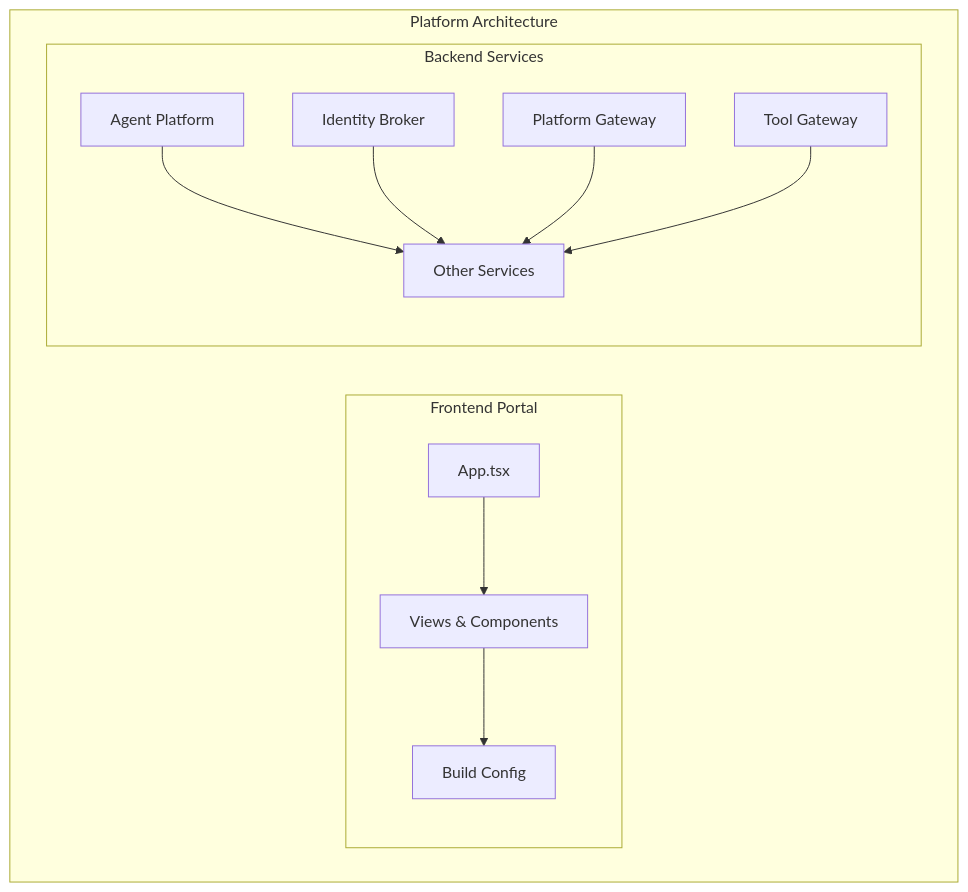
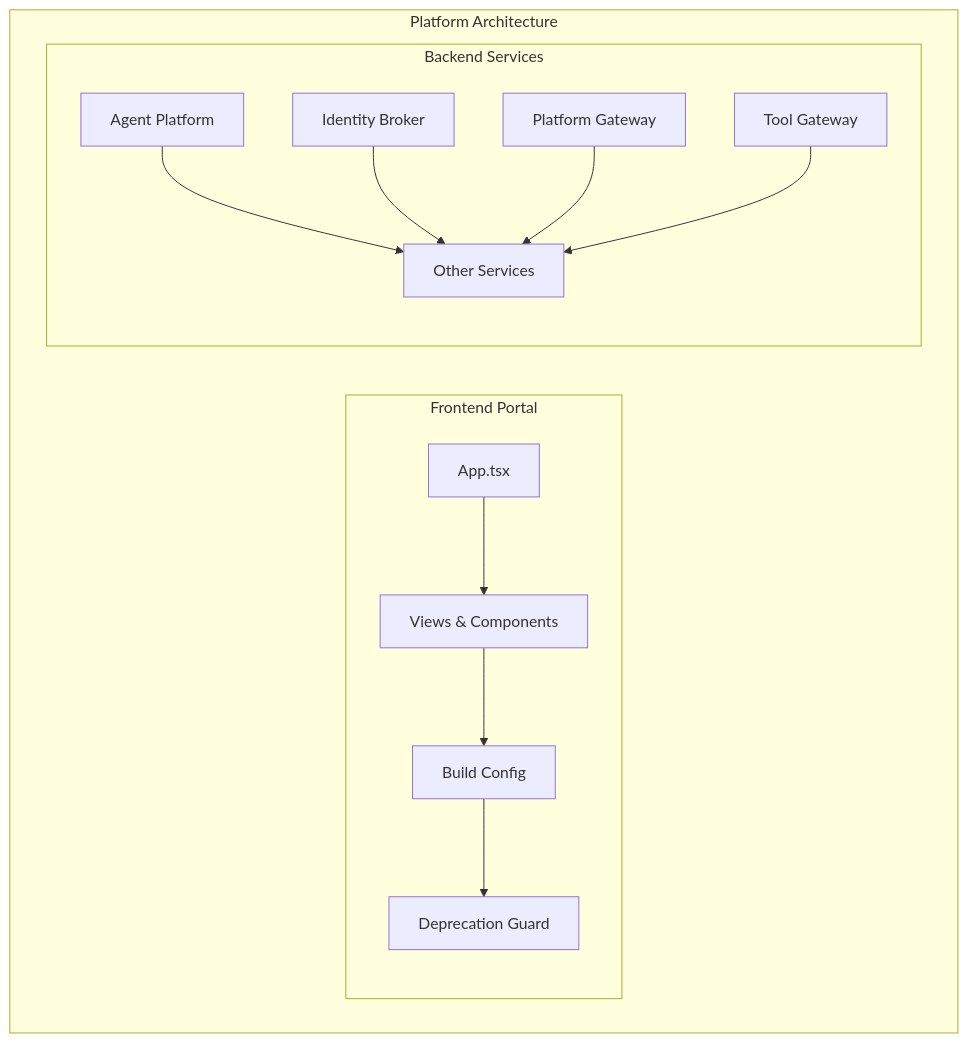
One commit to metasync/luban-aiops changed the first of 6 diagrams in .qoder/repowiki/en/content/Architecture Documentation/SPEC-042_ Portal Dependency Hygiene Specification.md. Above: the diagram before and after it, drawn with Mermaid. The commit also changed other lines of this file and 6 other files, not shown here.

````diff
--- a/.qoder/repowiki/en/content/Architecture Documentation/SPEC-042_ Portal Dependency Hygiene Specification.md
+++ b/.qoder/repowiki/en/content/Architecture Documentation/SPEC-042_ Portal Dependency Hygiene Specification.md
@@ -72,23 +70,25 @@
 ```mermaid
 graph TB
 subgraph "Platform Architecture"
 subgraph "Frontend Portal"
 App["App.tsx"]
 Views["Views & Components"]
 Config["Build Config"]
+TestSetup["Deprecation Guard"]
 end
 subgraph "Backend Services"
 AgentPlatform["Agent Platform"]
 IdentityBroker["Identity Broker"]
 PlatformGateway["Platform Gateway"]
 ToolGateway["Tool Gateway"]
 OtherServices["Other Services"]
 end
 end
 App --> Views
 Views --> Config
+Config --> TestSetup
 AgentPlatform --> OtherServices
 IdentityBroker --> OtherServices
 PlatformGateway --> OtherServices
 ToolGateway --> OtherServices
 ```
````
